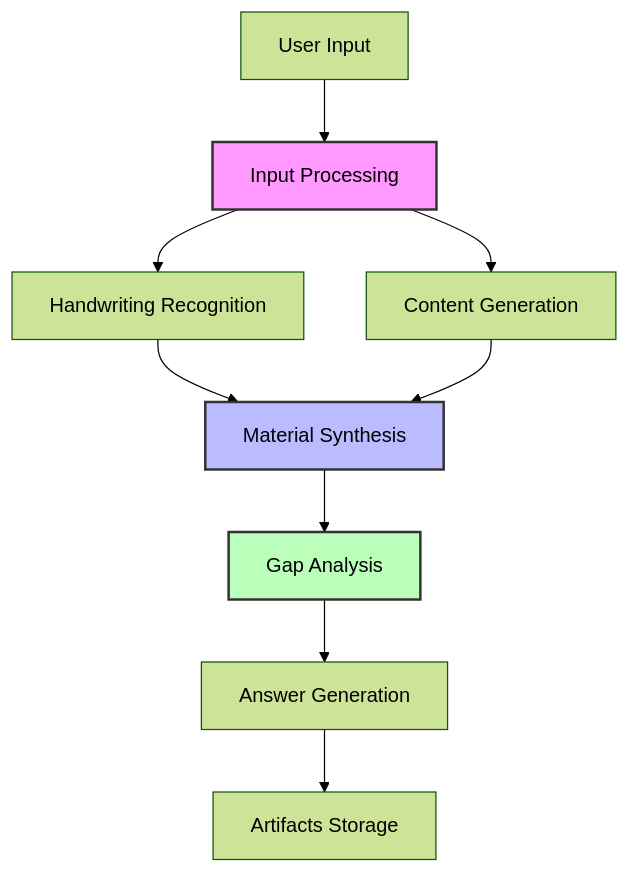
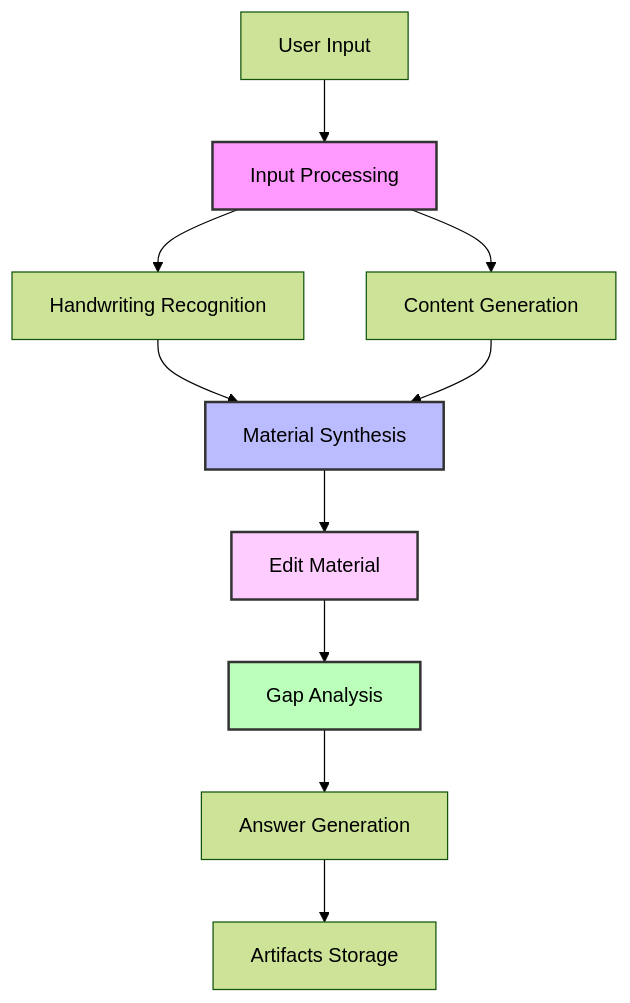
One commit to Bbar0n234/learnflow-ai changed the diagram in README.md. Above: the diagram before and after it, drawn with Mermaid (forest theme). The commit also changed other lines of this file and 18 other files, not shown here.

````diff
--- a/README.md
+++ b/README.md
@@ -78,15 +79,17 @@
 ```mermaid
 graph TD
     A[User Input] --> B[Input Processing]
     B --> C[Content Generation]
     B --> D[Handwriting Recognition]
     D --> E[Material Synthesis]
     C --> E
-    E --> F[Gap Analysis]
-    F --> G[Answer Generation]
-    G --> H[Artifacts Storage]
+    E --> F[Edit Material]
+    F --> G[Gap Analysis]
+    G --> H[Answer Generation]
+    H --> I[Artifacts Storage]
     
     style B fill:#f9f,stroke:#333,stroke-width:2px
     style E fill:#bbf,stroke:#333,stroke-width:2px
-    style F fill:#bfb,stroke:#333,stroke-width:2px
+    style F fill:#fcf,stroke:#333,stroke-width:2px
+    style G fill:#bfb,stroke:#333,stroke-width:2px
 ```
````
